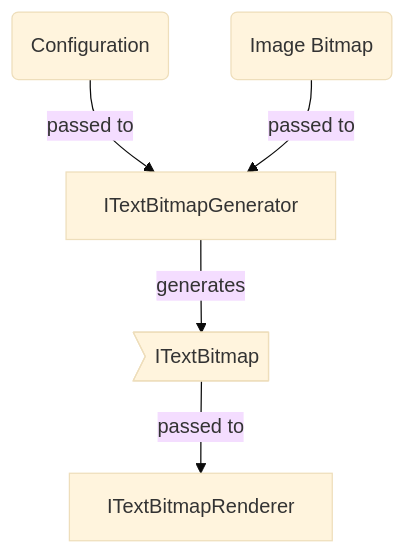
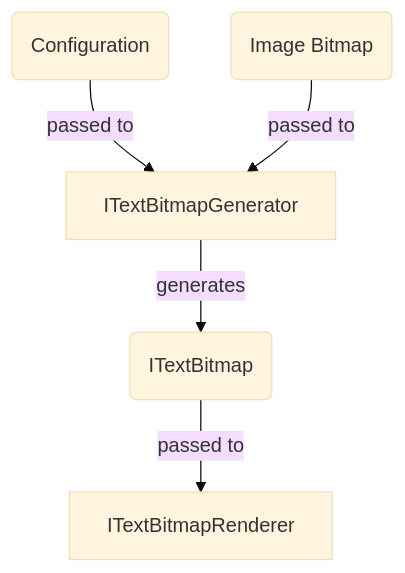
The diagram in doc/i-text-types.md (Texart/Texart), drawn with Mermaid (base theme) before and after one commit. The commit also changed other lines of this file, not shown here.

Commit message:
doc/i-text-types.md updated from https://stackedit.io/

````diff
--- a/doc/i-text-types.md
+++ b/doc/i-text-types.md
@@ -3,7 +3,8 @@
 ```mermaid
 graph TD;
   C1(Configuration) -- passed to --> G[ITextBitmapGenerator]
   B(Image Bitmap) -- passed to --> G
-  G -- generates --> D>ITextBitmap];
+  G -- generates --> D(ITextBitmap);
   D -- passed to --> R[ITextBitmapRenderer]
+  C1(Configuration)
 ```
````
